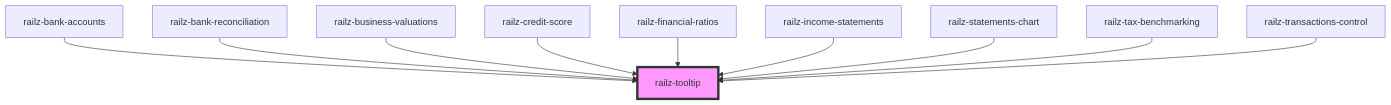
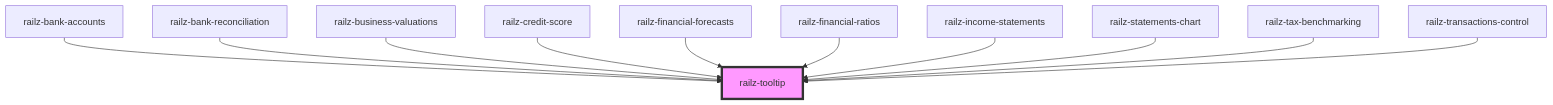
One commit to railz-ai/railz-visualizations changed the diagram in packages/components/src/elements/tooltip/readme.md. Above: the diagram before and after it, drawn with Mermaid. The commit also changed other lines of this file and 11 other files, not shown here.

First line of the commit message:
feat: New component financial forecasts (#182)

````diff
--- a/packages/components/src/elements/tooltip/readme.md
+++ b/packages/components/src/elements/tooltip/readme.md
@@ -29,13 +30,14 @@
 ```mermaid
 graph TD;
   railz-bank-accounts --> railz-tooltip
   railz-bank-reconciliation --> railz-tooltip
   railz-business-valuations --> railz-tooltip
   railz-credit-score --> railz-tooltip
+  railz-financial-forecasts --> railz-tooltip
   railz-financial-ratios --> railz-tooltip
   railz-income-statements --> railz-tooltip
   railz-statements-chart --> railz-tooltip
   railz-tax-benchmarking --> railz-tooltip
   railz-transactions-control --> railz-tooltip
   style railz-tooltip fill:#f9f,stroke:#333,stroke-width:4px
 ```
````
